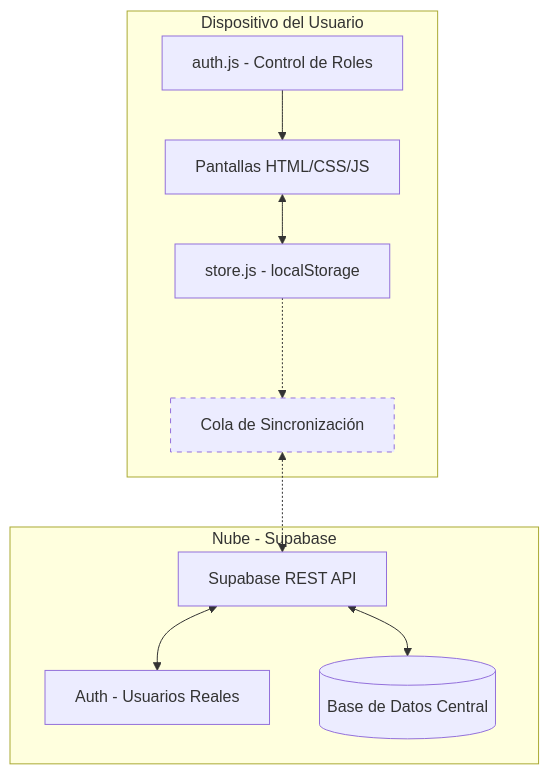
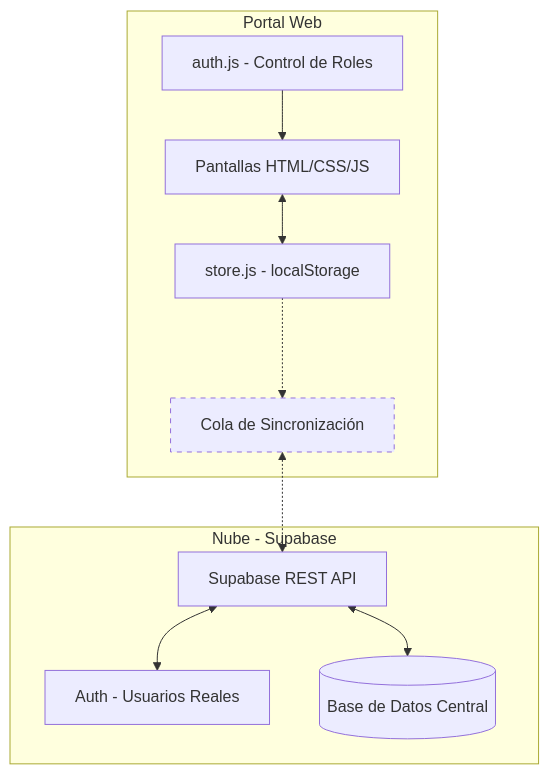
Before and after one commit to AdriP-maker/JAAR_Antigravity: the diagram in docs/arquitectura.md, drawn with Mermaid. The commit also changed 10 other files, not shown here.

Commit message:
feat: portal web optimizado para el Piloto Caballero (Antón), eliminando referencias a app nativa y ajustando tarifas

````diff
--- a/docs/arquitectura.md
+++ b/docs/arquitectura.md
@@ -23,16 +23,16 @@
 ```mermaid
 graph TD
-    subgraph Dispositivo del Usuario
+    subgraph Portal Web
         UI[Pantallas HTML/CSS/JS] <--> Store[store.js - localStorage]
         Auth[auth.js - Control de Roles] --> UI
         Store -..-> SyncQueue[Cola de Sincronización]
     end
 
     subgraph Nube - Supabase
         SyncQueue <-.-> SupabaseAPI[Supabase REST API]
         SupabaseAPI <--> SupabaseAuth[Auth - Usuarios Reales]
         SupabaseAPI <--> PostgreSQL[(Base de Datos Central)]
     end
 
     style SyncQueue stroke-dasharray: 5 5
 ```
````
